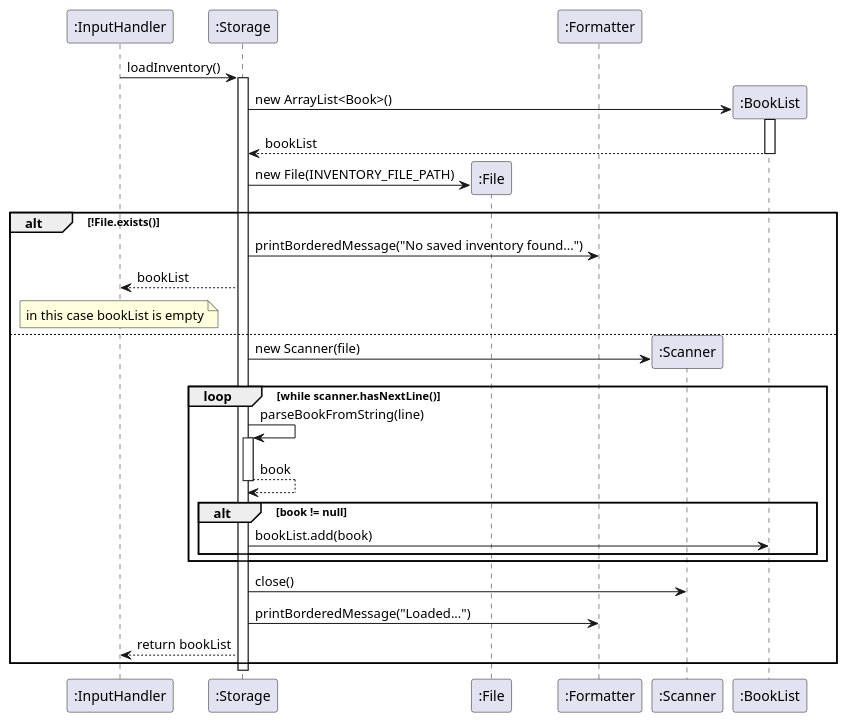
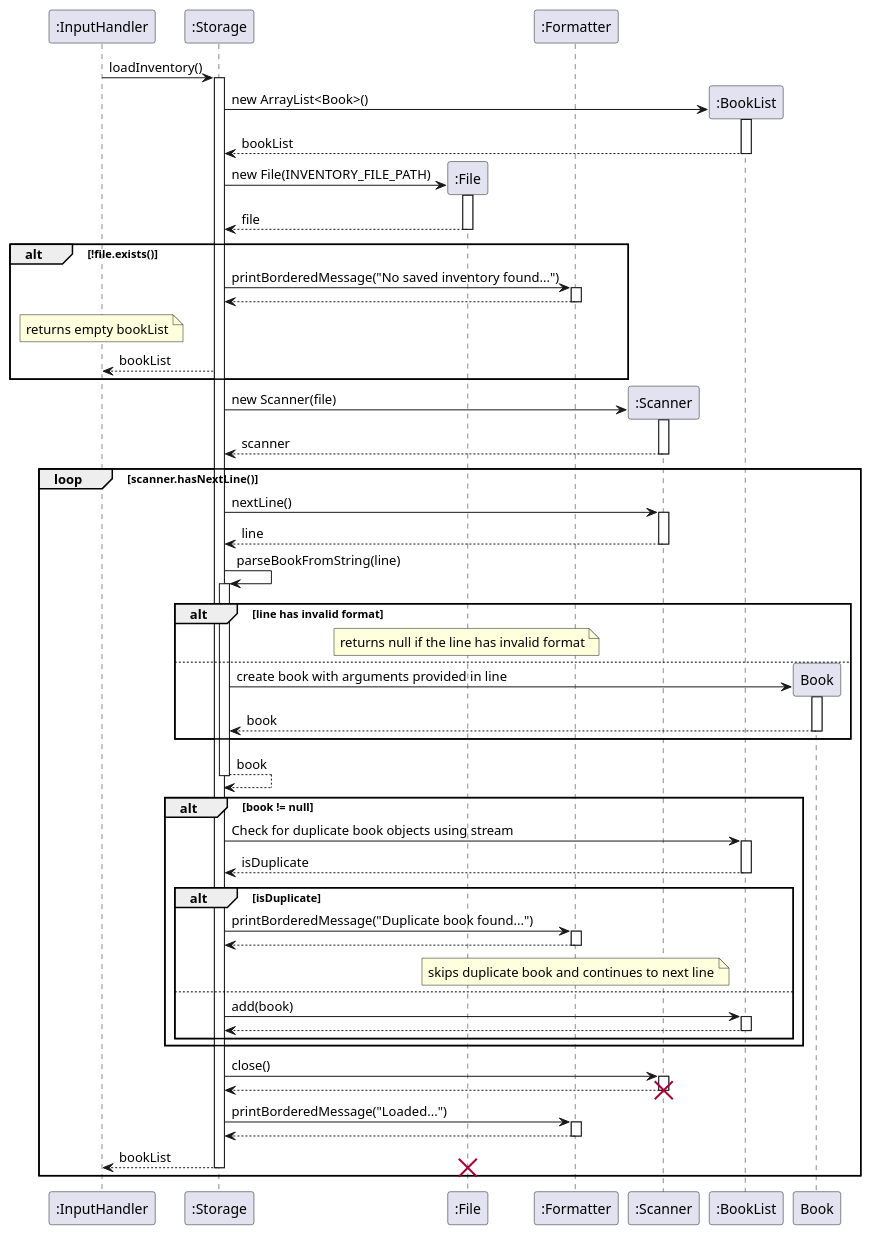
Before and after one commit to AY2425S2-CS2113-T12-2/tp: the diagram in docs/diagrams/loadInventory.puml, drawn with PlantUML. The commit also changed 1 other file, not shown here.

Commit message:
Fix loadInventory sequence diagram

```diff
--- a/docs/diagrams/loadInventory.puml
+++ b/docs/diagrams/loadInventory.puml
@@ -1,52 +1,113 @@
 @startuml
 participant InputHandler as ":InputHandler"
 participant Storage as ":Storage"
 participant File as ":File"
 participant Formatter as ":Formatter"
 participant Scanner as ":Scanner"
 
 
 InputHandler -> Storage: loadInventory()
 activate Storage
 
 ' Create a new empty bookList
 create BookList as ":BookList"
 Storage -> BookList: new ArrayList<Book>()
 activate BookList
 BookList --> Storage: bookList
 deactivate BookList
 
 ' Create File object for INVENTORY_FILE_PATH
 Create File
 Storage -> File: new File(INVENTORY_FILE_PATH)
+activate File
+File --> Storage: file
+deactivate File
 
-alt !File.exists()
+alt !file.exists()
     Storage -> Formatter: printBorderedMessage("No saved inventory found...")
+    activate Formatter
+
+    Formatter --> Storage
+    deactivate Formatter
+    note over InputHandler
+    returns empty bookList
+    end note
+    
     Storage --> InputHandler: bookList
-    note over InputHandler
-    in this case bookList is empty
-    end note
-else
+    end
     ' Open the file using a Scanner
     create Scanner
     Storage -> Scanner: new Scanner(file)
+    activate Scanner
+    Scanner --> Storage: scanner
+    deactivate Scanner
 
-    loop while scanner.hasNextLine()
+    loop scanner.hasNextLine()
+        Storage -> Scanner: nextLine()
+        activate Scanner
+
+        Scanner --> Storage: line
+        deactivate Scanner
+
         Storage -> Storage: parseBookFromString(line)
         activate Storage
+        alt line has invalid format
+        note over File
+        returns null if the line has invalid format
+        end note
+        else 
+            create Book
+            Storage -> Book: create book with arguments provided in line
+            activate Book
+            Book --> Storage: book
+            deactivate Book
+        end
         Storage --> Storage: book
         deactivate Storage
+
         alt book != null
-            Storage -> BookList: bookList.add(book)
-        end
+            ' Check for duplicate book
+            Storage -> BookList: Check for duplicate book objects using stream
+            activate BookList
+            BookList --> Storage: isDuplicate
+            deactivate BookList
+            alt isDuplicate
+                ' Book already exists, skip adding it
+                Storage -> Formatter: printBorderedMessage("Duplicate book found...")
+                activate Formatter
+                Formatter --> Storage
+                deactivate Formatter
+                note over Formatter
+                skips duplicate book and continues to next line
+            end note
+                
+            else
+                ' Add book to bookList
+                Storage -> BookList: add(book)
+                activate BookList
+                BookList --> Storage
+                deactivate BookList
+            end 
+        
     end
 
     Storage -> Scanner: close()
+    activate Scanner
+    Scanner --> Storage
+    deactivate Scanner
+    destroy Scanner
     ' Print message with number of books loaded
     Storage -> Formatter: printBorderedMessage("Loaded...")
-    Storage --> InputHandler: return bookList
+    activate Formatter
+    Formatter --> Storage
+    deactivate Formatter
+    
+
+    Storage --> InputHandler: bookList
+    destroy File
+    deactivate Storage
 end
 
 
 deactivate Storage
 @enduml
```
